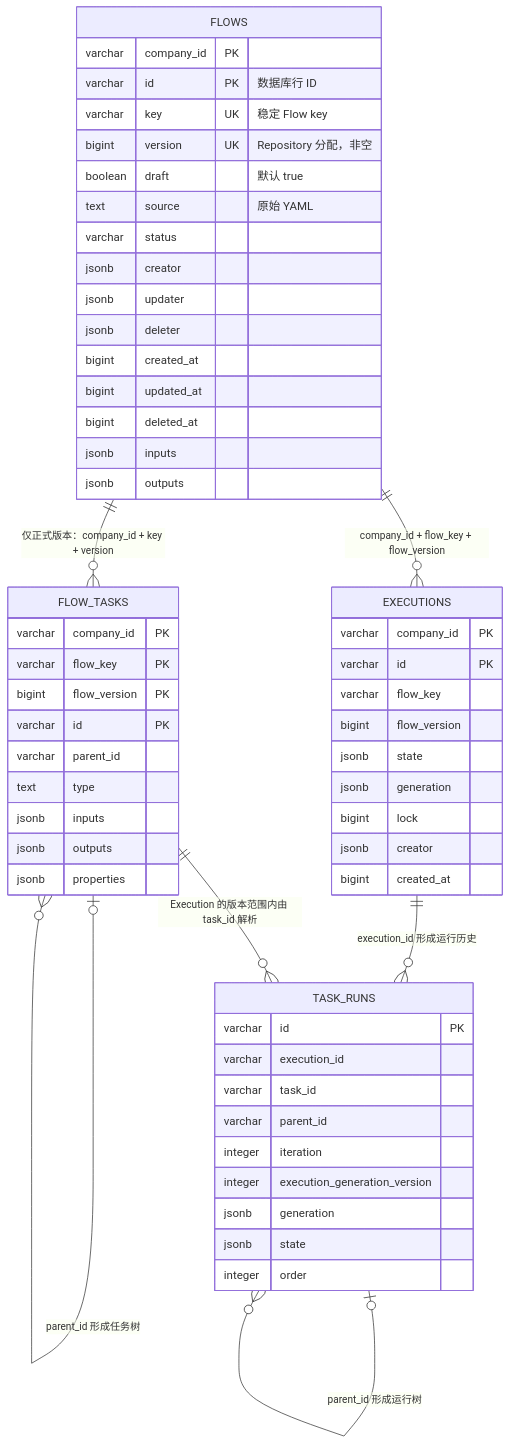
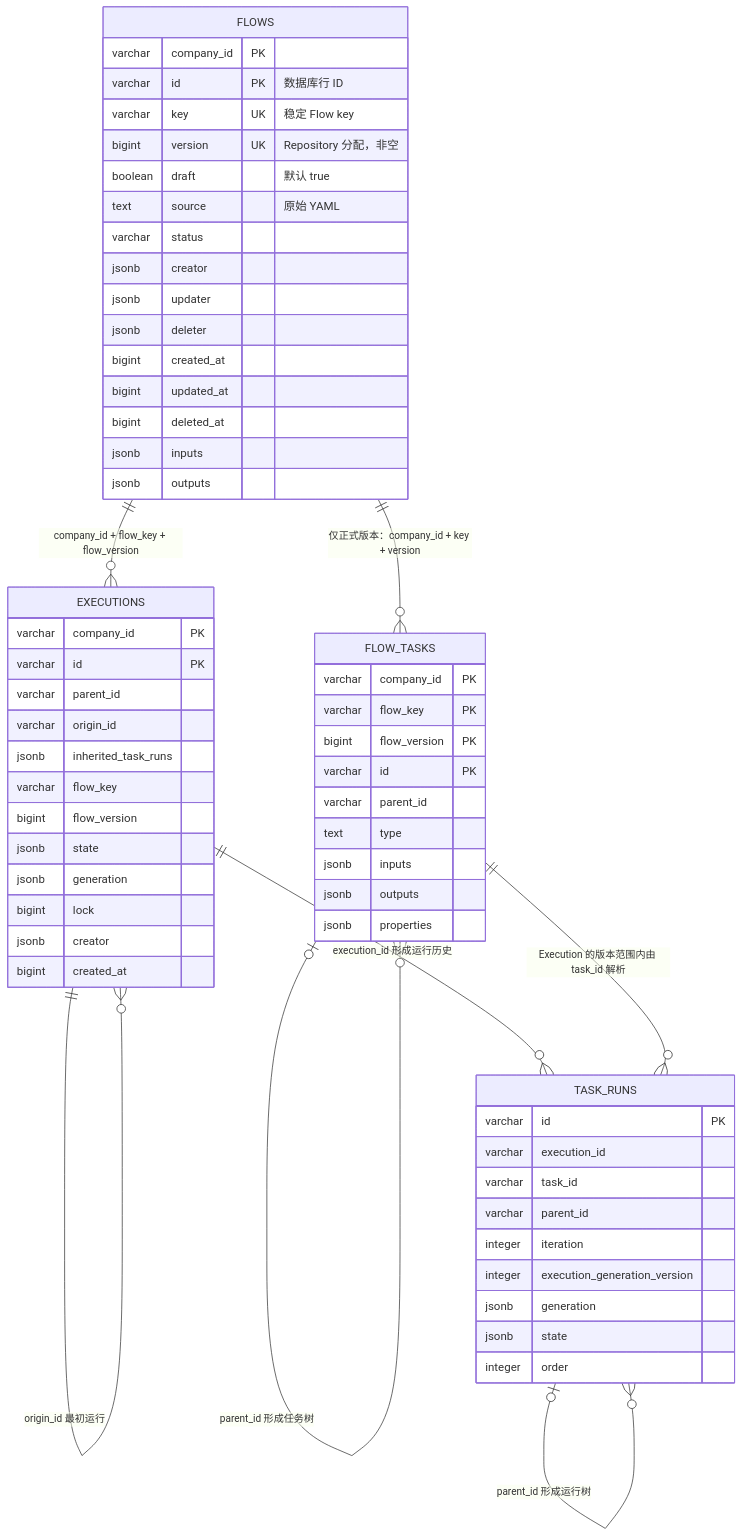
One commit to Eiddy5/flow changed the diagram in docs/harness/postgresql-repositories.md. Above: the diagram before and after it, drawn with Mermaid. The commit also changed other lines of this file and 234 other files, not shown here.

````diff
--- a/docs/harness/postgresql-repositories.md
+++ b/docs/harness/postgresql-repositories.md
@@ -10,64 +10,69 @@
 ```mermaid
 erDiagram
     FLOWS ||--o{ FLOW_TASKS : "仅正式版本：company_id + key + version"
     FLOWS ||--o{ EXECUTIONS : "company_id + flow_key + flow_version"
+    EXECUTIONS o|--o{ EXECUTIONS : "parent_id 直接来源"
+    EXECUTIONS ||--o{ EXECUTIONS : "origin_id 最初运行"
     FLOW_TASKS o|--o{ FLOW_TASKS : "parent_id 形成任务树"
     EXECUTIONS ||--o{ TASK_RUNS : "execution_id 形成运行历史"
     FLOW_TASKS ||--o{ TASK_RUNS : "Execution 的版本范围内由 task_id 解析"
     TASK_RUNS o|--o{ TASK_RUNS : "parent_id 形成运行树"
 
     FLOWS {
         varchar company_id PK
         varchar id PK "数据库行 ID"
         varchar key UK "稳定 Flow key"
         bigint version UK "Repository 分配，非空"
         boolean draft "默认 true"
         text source "原始 YAML"
         varchar status
         jsonb creator
         jsonb updater
         jsonb deleter
         bigint created_at
         bigint updated_at
         bigint deleted_at
         jsonb inputs
         jsonb outputs
     }
 
     FLOW_TASKS {
         varchar company_id PK
         varchar flow_key PK
         bigint flow_version PK
         varchar id PK
         varchar parent_id
         text type
         jsonb inputs
         jsonb outputs
         jsonb properties
     }
 
     EXECUTIONS {
         varchar company_id PK
         varchar id PK
+        varchar parent_id
+        varchar origin_id
+        jsonb inherited_task_runs
         varchar flow_key
         bigint flow_version
         jsonb state
         jsonb generation
         bigint lock
         jsonb creator
         bigint created_at
     }
 
     TASK_RUNS {
         varchar id PK
         varchar execution_id
         varchar task_id
         varchar parent_id
         integer iteration
         integer execution_generation_version
         jsonb generation
         jsonb state
         integer order
     }
 
 ```
````
